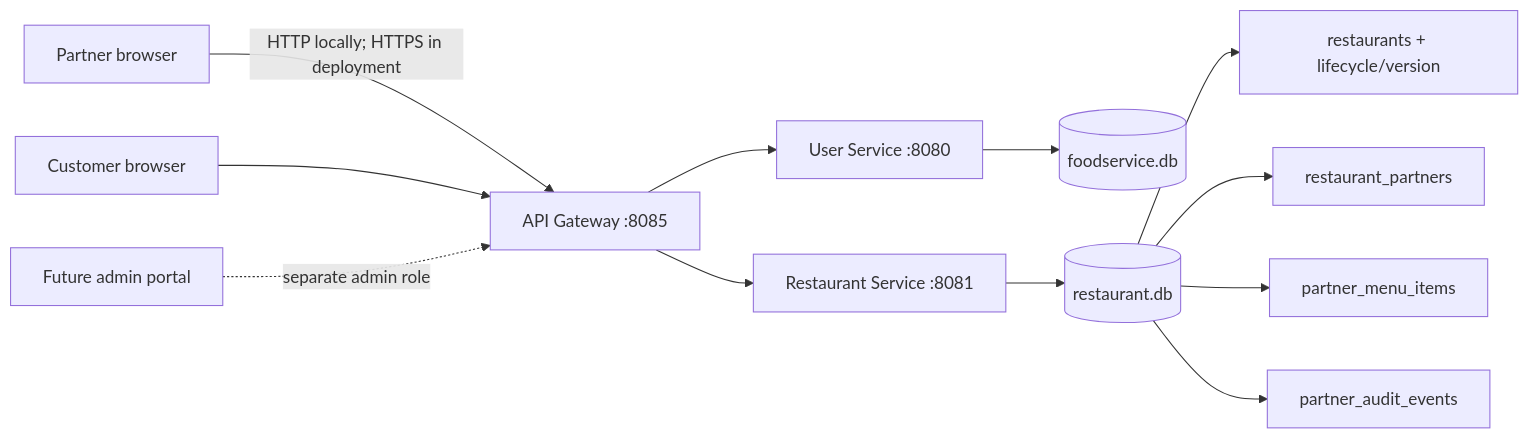
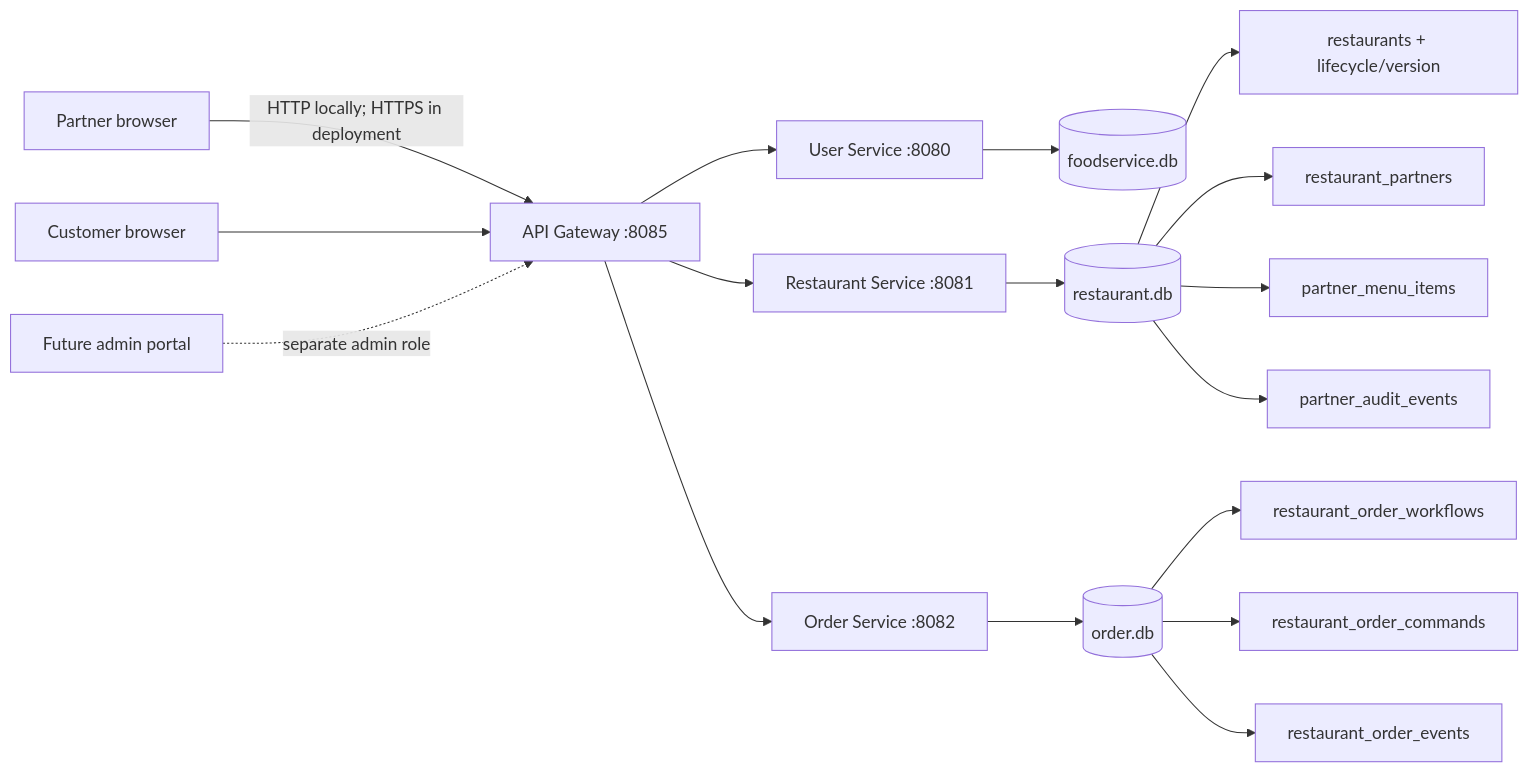
The diagram in docs/PARTNER_PORTAL_ARCHITECTURE.md (Pankil-Mevada/FoodService), drawn with Mermaid before and after one commit. The commit also changed other lines of this file and 29 other files, not shown here.

Commit message:
Implement restaurant partner order workflow

```diff
--- a/docs/PARTNER_PORTAL_ARCHITECTURE.md
+++ b/docs/PARTNER_PORTAL_ARCHITECTURE.md
@@ -12,14 +12,19 @@
 ~~~mermaid
 flowchart LR
   P[Partner browser] -->|HTTP locally; HTTPS in deployment| G[API Gateway :8085]
   C[Customer browser] --> G
   G --> I[User Service :8080]
   G --> R[Restaurant Service :8081]
+  G --> O[Order Service :8082]
   I --> UDB[(foodservice.db)]
   R --> RDB[(restaurant.db)]
+  O --> ODB[(order.db)]
   RDB --> PROF[restaurants + lifecycle/version]
   RDB --> MEM[restaurant_partners]
   RDB --> MENU[partner_menu_items]
   RDB --> AUDIT[partner_audit_events]
+  ODB --> FLOW[restaurant_order_workflows]
+  ODB --> CMD[restaurant_order_commands]
+  ODB --> OEVENT[restaurant_order_events]
   ADMIN[Future admin portal] -. separate admin role .-> G
 ~~~
```
